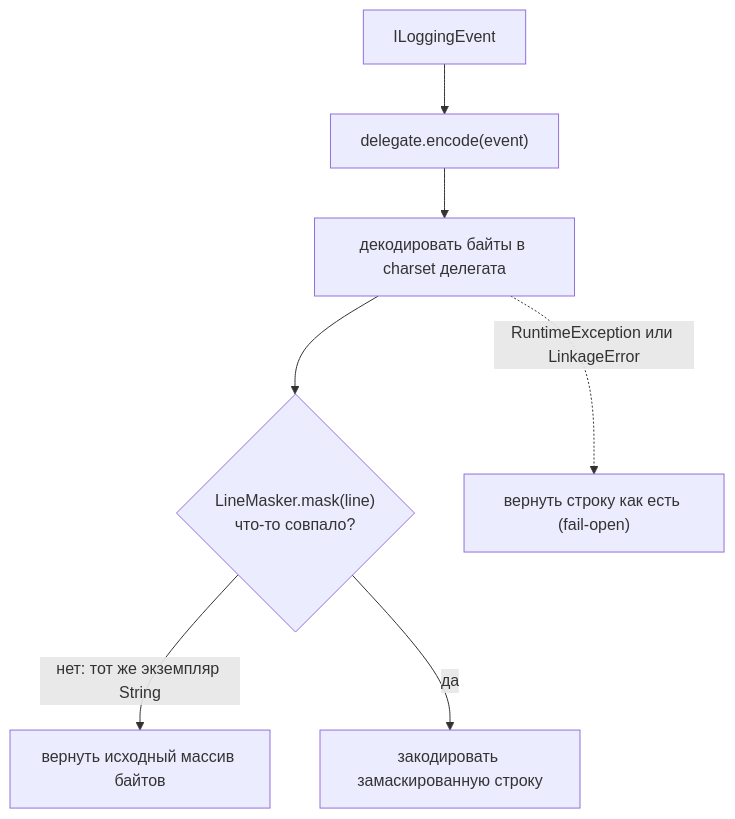
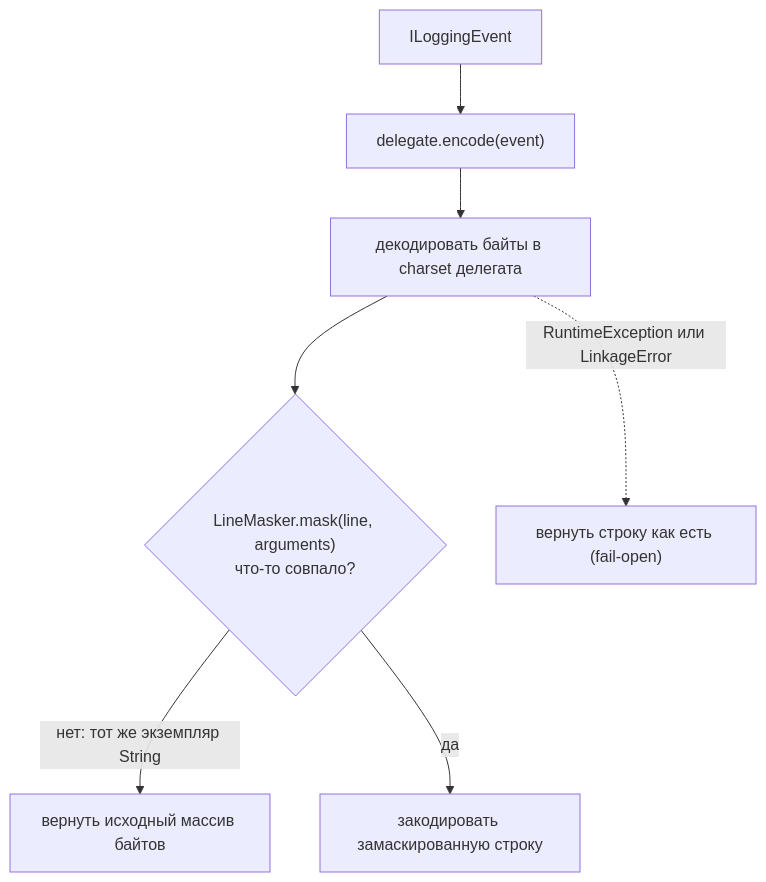
The fifth of 6 diagrams in docs/architecture.ru.md (laipan009/log-masking-spring-boot-starter), drawn with Mermaid before and after one commit. The commit also changed other lines of this file and 35 other files, not shown here.

````diff
--- a/docs/architecture.ru.md
+++ b/docs/architecture.ru.md
@@ -163,9 +331,9 @@
 ```mermaid
 flowchart TD
   e["ILoggingEvent"] --> d["delegate.encode(event)"]
   d --> s["декодировать байты в charset делегата"]
-  s --> m{"LineMasker.mask(line)<br/>что-то совпало?"}
+  s --> m{"LineMasker.mask(line, arguments)<br/>что-то совпало?"}
   m -->|"нет: тот же экземпляр String"| raw["вернуть исходный массив байтов"]
   m -->|"да"| enc2["закодировать замаскированную строку"]
   s -.->|"RuntimeException или LinkageError"| fo["вернуть строку как есть (fail-open)"]
 ```
````
